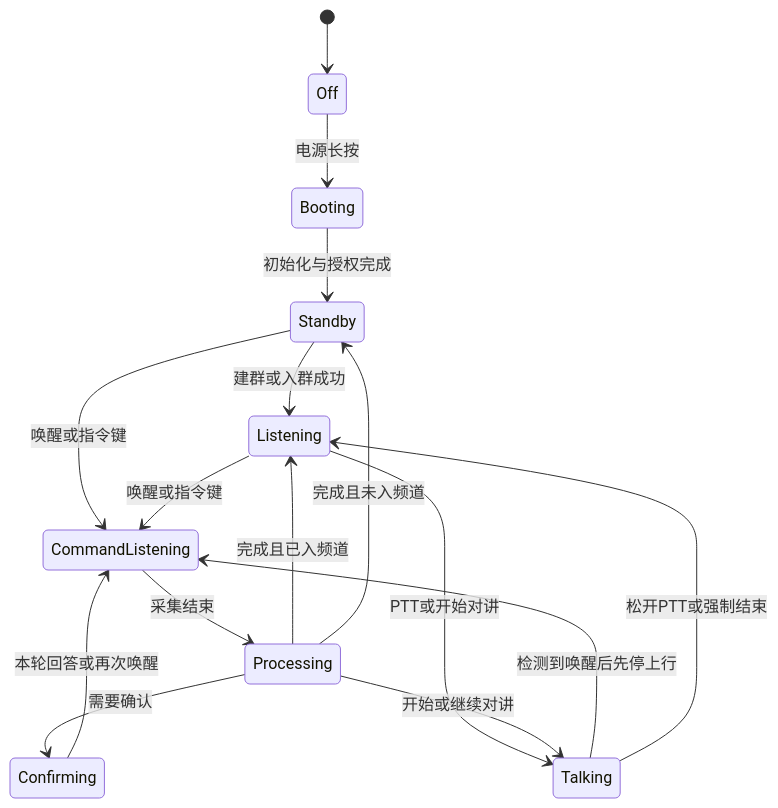
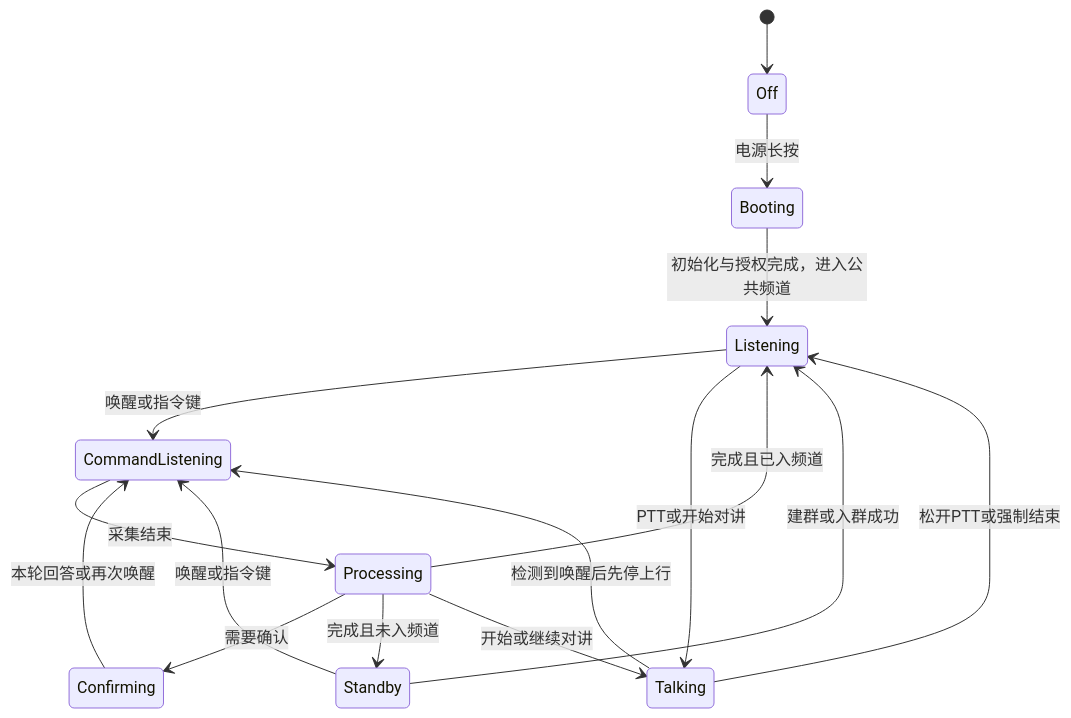
One commit to AdairZeng/fleet-ptt changed the diagram in docs/product-design.md. Above: the diagram before and after it, drawn with Mermaid. The commit also changed other lines of this file and 52 other files, not shown here.

````diff
--- a/docs/product-design.md
+++ b/docs/product-design.md
@@ -127,18 +151,18 @@
 ```mermaid
 stateDiagram-v2
   [*] --> Off
   Off --> Booting: 电源长按
-  Booting --> Standby: 初始化与授权完成
+  Booting --> Listening: 初始化与授权完成，进入公共频道
   Standby --> Listening: 建群或入群成功
   Standby --> CommandListening: 唤醒或指令键
   Listening --> CommandListening: 唤醒或指令键
   Listening --> Talking: PTT或开始对讲
   Talking --> CommandListening: 检测到唤醒后先停上行
   Talking --> Listening: 松开PTT或强制结束
   CommandListening --> Processing: 采集结束
   Processing --> Confirming: 需要确认
   Confirming --> CommandListening: 本轮回答或再次唤醒
   Processing --> Listening: 完成且已入频道
   Processing --> Standby: 完成且未入频道
   Processing --> Talking: 开始或继续对讲
 ```
````
